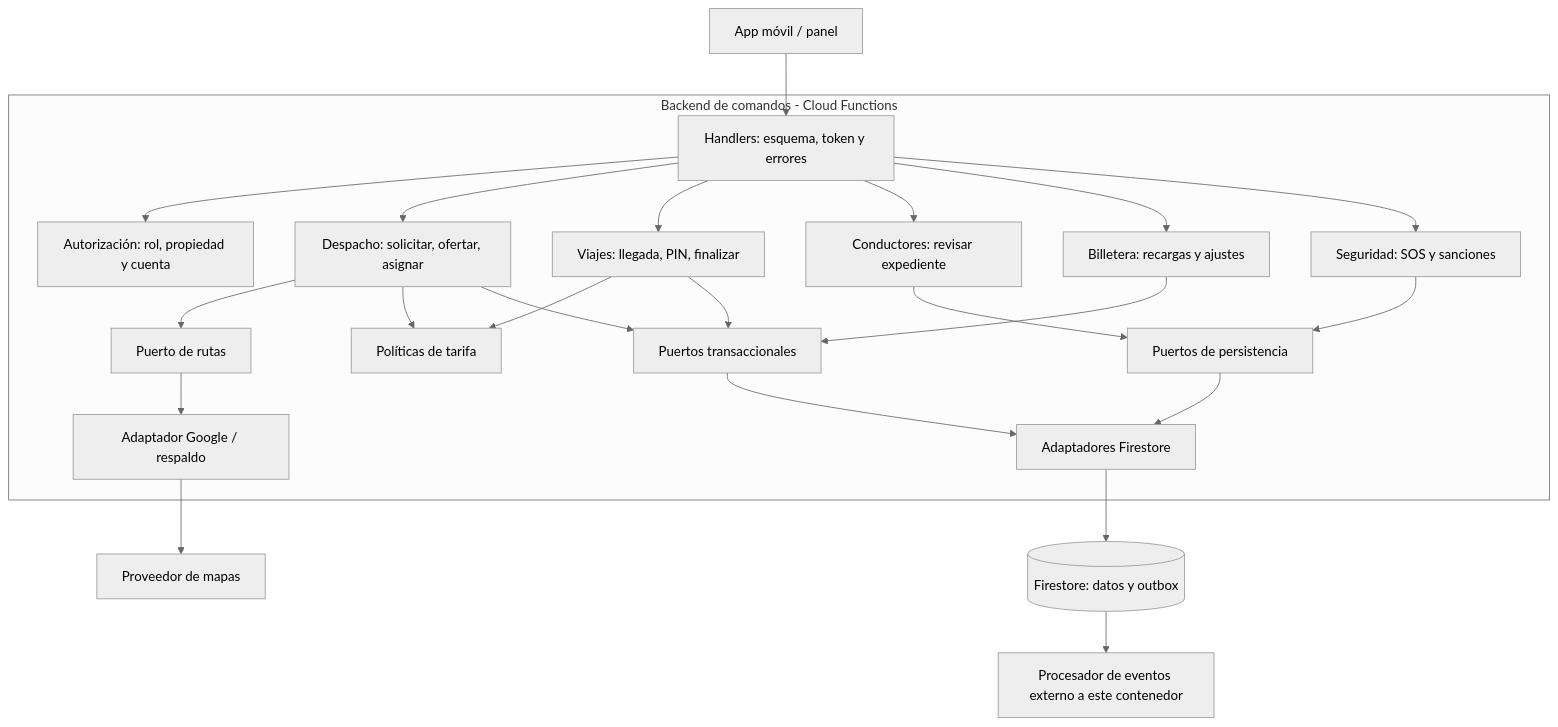
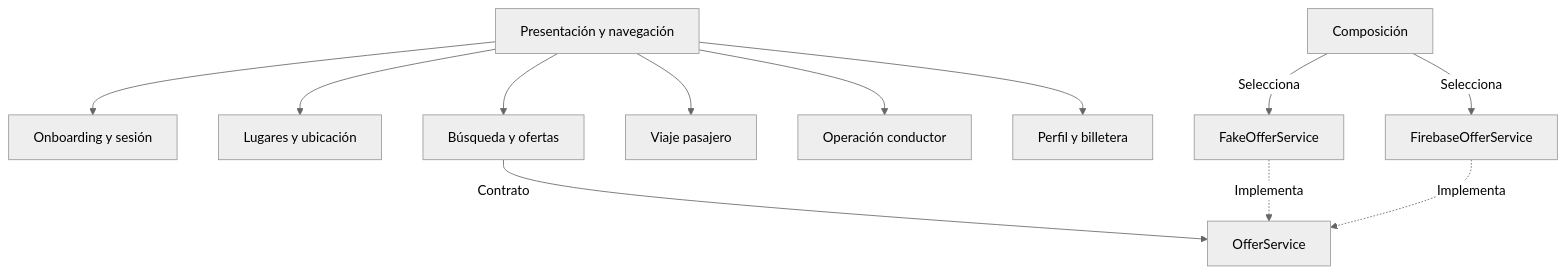
One commit to ademir-tec/Sprint01-MotoYa changed the diagram in docs/04-modelo-c4/nivel3-componentes.md. Above: the diagram before and after it, drawn with Mermaid (neutral theme). The commit also changed other lines of this file, not shown here.

Commit message:
docs: actualizar docs/04-modelo-c4/nivel3-componentes.md

````diff
--- a/docs/04-modelo-c4/nivel3-componentes.md
+++ b/docs/04-modelo-c4/nivel3-componentes.md
@@ -5,26 +24,14 @@
 ```mermaid
 flowchart TB
-  CLIENT[App móvil / panel] --> H
-  subgraph BACKEND[Backend de comandos - Cloud Functions]
-    H[Handlers: esquema, token y errores] --> AU[Autorización: rol, propiedad y cuenta]
-    H --> D[Despacho: solicitar, ofertar, asignar]
-    H --> V[Viajes: llegada, PIN, finalizar]
-    H --> C[Conductores: revisar expediente]
-    H --> B[Billetera: recargas y ajustes]
-    H --> S[Seguridad: SOS y sanciones]
-    D --> R[Puerto de rutas]
-    D --> T[Políticas de tarifa]
-    D --> TX[Puertos transaccionales]
-    V --> T
-    V --> TX
-    B --> TX
-    C --> REP[Puertos de persistencia]
-    S --> REP
-    TX --> F[Adaptadores Firestore]
-    REP --> F
-    R --> G[Adaptador Google / respaldo]
-  end
-  F --> DB[(Firestore: datos y outbox)]
-  G --> MAP[Proveedor de mapas]
-  DB --> WORKER[Procesador de eventos externo a este contenedor]
+  U[Presentación y navegación] --> O[Onboarding y sesión]
+  U --> L[Lugares y ubicación]
+  U --> Q[Búsqueda y ofertas]
+  U --> V[Viaje pasajero]
+  U --> C[Operación conductor]
+  U --> W[Perfil y billetera]
+  Q -->|Contrato| S[OfferService]
+  X[Composición] -->|Selecciona| F[FakeOfferService]
+  X -->|Selecciona| B[FirebaseOfferService]
+  F -.->|Implementa| S
+  B -.->|Implementa| S
 ```
````
